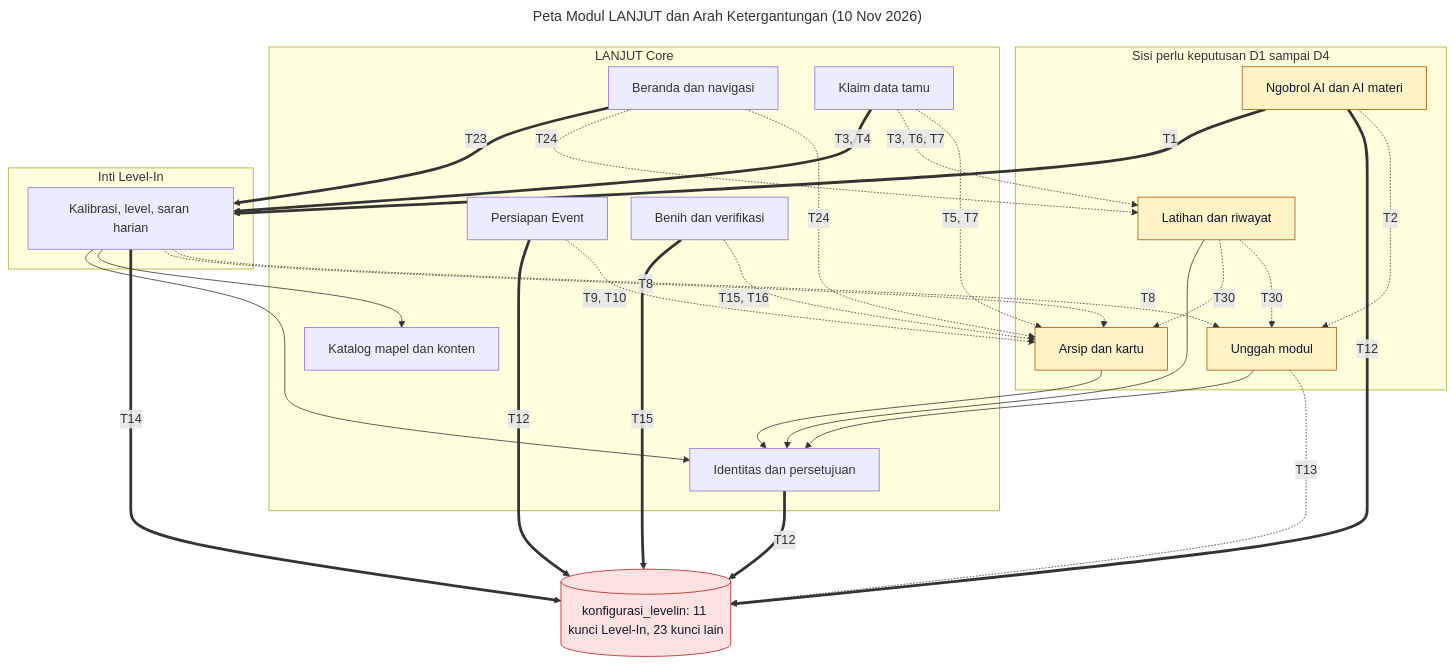
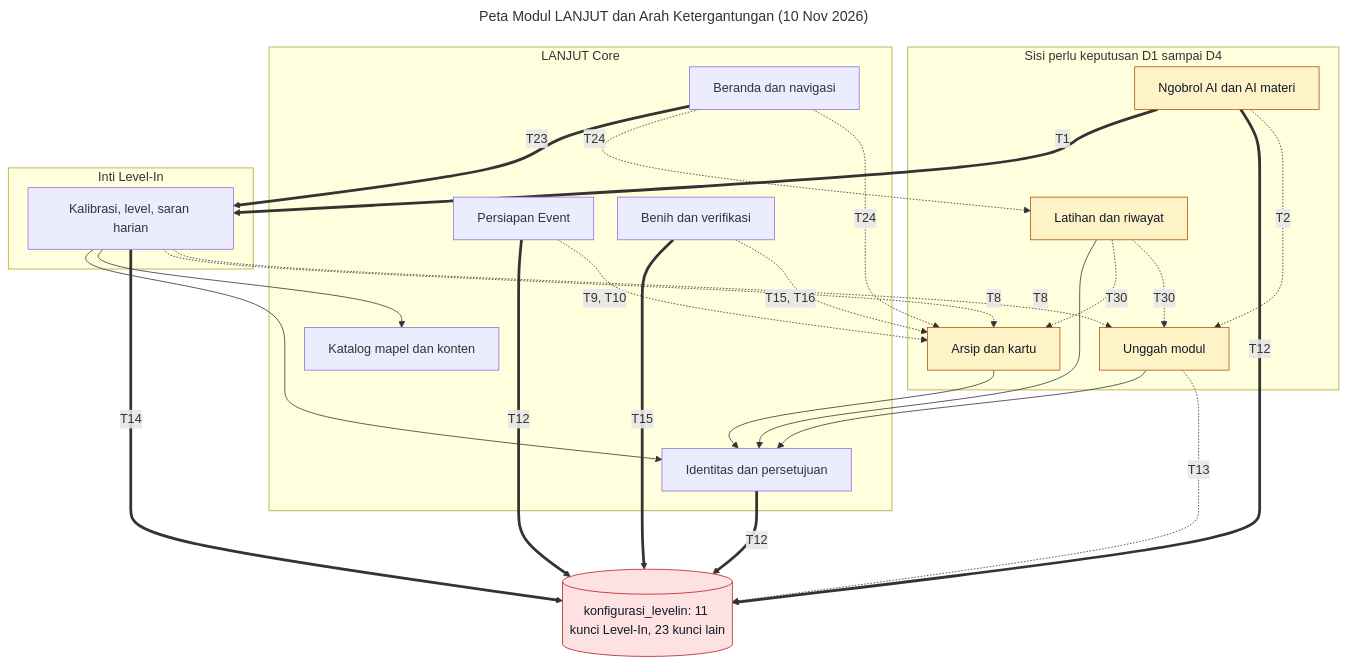
Before and after one commit to lippbyte/lanjut_app: the diagram in docs/peta-modul-v2.md, drawn with Mermaid. The commit also changed other lines of this file and 13 other files, not shown here.

First line of the commit message:
refactor: hapus endpoint klaim data tamu POST /sinkron/klaim (LANJUT_004 seri v2)

````diff
--- a/docs/peta-modul-v2.md
+++ b/docs/peta-modul-v2.md
@@ -274,68 +269,64 @@
 ```mermaid
 ---
 title: Peta Modul LANJUT dan Arah Ketergantungan (10 Nov 2026)
 config:
   flowchart:
     nodeSpacing: 30
     rankSpacing: 50
     curve: basis
     useMaxWidth: false
 ---
 %% Garis tebal = pelanggaran pasti. Garis putus = tergantung D1-D4. Garis biasa = sah.
 flowchart TD
 
     subgraph CORE["LANJUT Core"]
         IDENTITAS["Identitas dan persetujuan"]
         KATALOG["Katalog mapel dan konten"]
         BERANDA["Beranda dan navigasi"]
-        SINKRON["Klaim data tamu"]
         EVENT["Persiapan Event"]
         ALAT["Benih dan verifikasi"]
     end
 
     subgraph AMBIGU["Sisi perlu keputusan D1 sampai D4"]
         KARTU["Arsip dan kartu"]
         LATIHAN["Latihan dan riwayat"]
         MODUL["Unggah modul"]
         NGOBROL["Ngobrol AI dan AI materi"]
     end
 
     subgraph LEVELIN["Inti Level-In"]
         INTI["Kalibrasi, level, saran harian"]
     end
 
     KONFIG[("konfigurasi_levelin: 11 kunci Level-In, 23 kunci lain")]
 
     INTI --> IDENTITAS
     INTI --> KATALOG
     KARTU --> IDENTITAS
     LATIHAN --> IDENTITAS
     MODUL --> IDENTITAS
 
     BERANDA ==>|"T23"| INTI
     NGOBROL ==>|"T1"| INTI
-    SINKRON ==>|"T3, T4"| INTI
     ALAT ==>|"T15"| KONFIG
     IDENTITAS ==>|"T12"| KONFIG
     NGOBROL ==>|"T12"| KONFIG
     EVENT ==>|"T12"| KONFIG
     INTI ==>|"T14"| KONFIG
 
     BERANDA -.->|"T24"| LATIHAN
     BERANDA -.->|"T24"| KARTU
-    SINKRON -.->|"T3, T6, T7"| LATIHAN
-    SINKRON -.->|"T5, T7"| KARTU
     EVENT -.->|"T9, T10"| KARTU
     ALAT -.->|"T15, T16"| KARTU
     NGOBROL -.->|"T2"| MODUL
     INTI -.->|"T8"| KARTU
     INTI -.->|"T8"| MODUL
     LATIHAN -.->|"T30"| KARTU
     LATIHAN -.->|"T30"| MODUL
     MODUL -.->|"T13"| KONFIG
 
     classDef melanggar fill:#fee2e2,stroke:#b91c1c,color:#111827
     classDef ambigu fill:#fef3c7,stroke:#b45309,color:#111827
     class KONFIG melanggar
     class KARTU,LATIHAN,MODUL,NGOBROL ambigu
 ```
````
